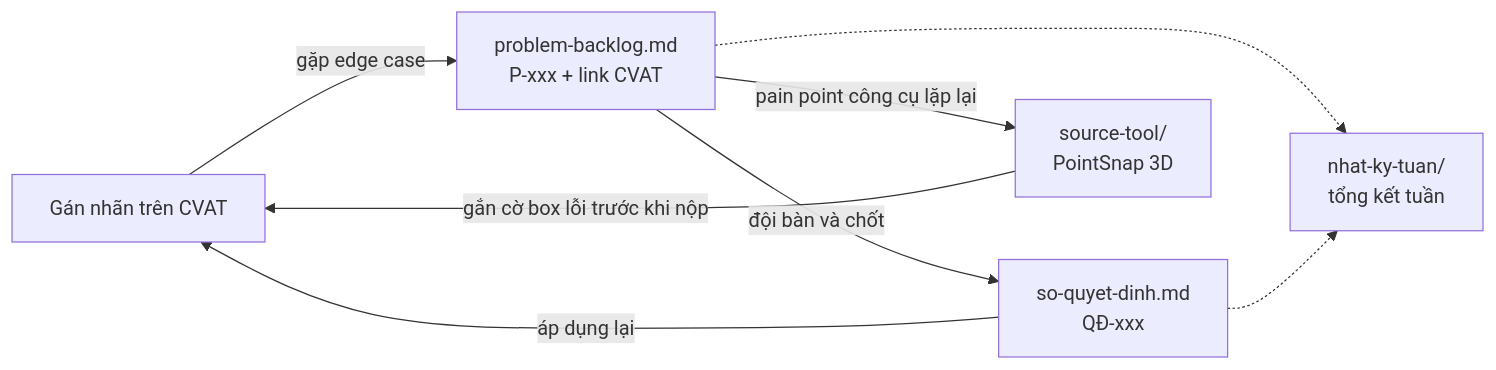
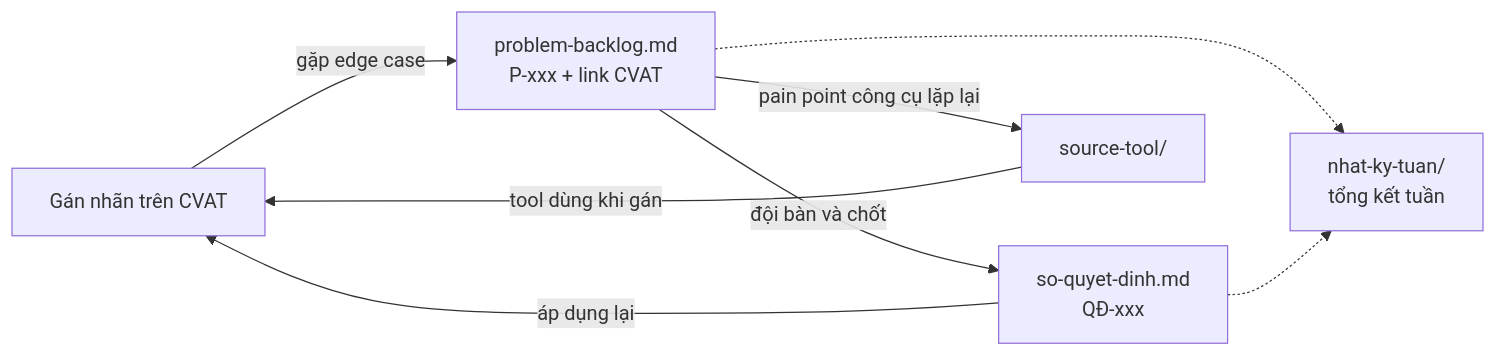
Before and after one commit to BanhKhuc04/P-029-v2: the diagram in README.md, drawn with Mermaid. The commit also changed other lines of this file, not shown here.

First line of the commit message:
docs: khôi phục README gốc của repo (template cohort), README PointSnap để bên trong

````diff
--- a/README.md
+++ b/README.md
@@ -55,10 +20,10 @@
 ```mermaid
 flowchart LR
     A[Gán nhãn trên CVAT] -->|gặp edge case| B[problem-backlog.md<br/>P-xxx + link CVAT]
     B -->|đội bàn và chốt| C[so-quyet-dinh.md<br/>QĐ-xxx]
     C -->|áp dụng lại| A
-    B -->|pain point công cụ lặp lại| D[source-tool/<br/>PointSnap 3D]
-    D -->|gắn cờ box lỗi trước khi nộp| A
+    B -->|pain point công cụ lặp lại| D[source-tool/]
+    D -->|tool dùng khi gán| A
     B -.-> E[nhat-ky-tuan/<br/>tổng kết tuần]
     C -.-> E
 ```
````
